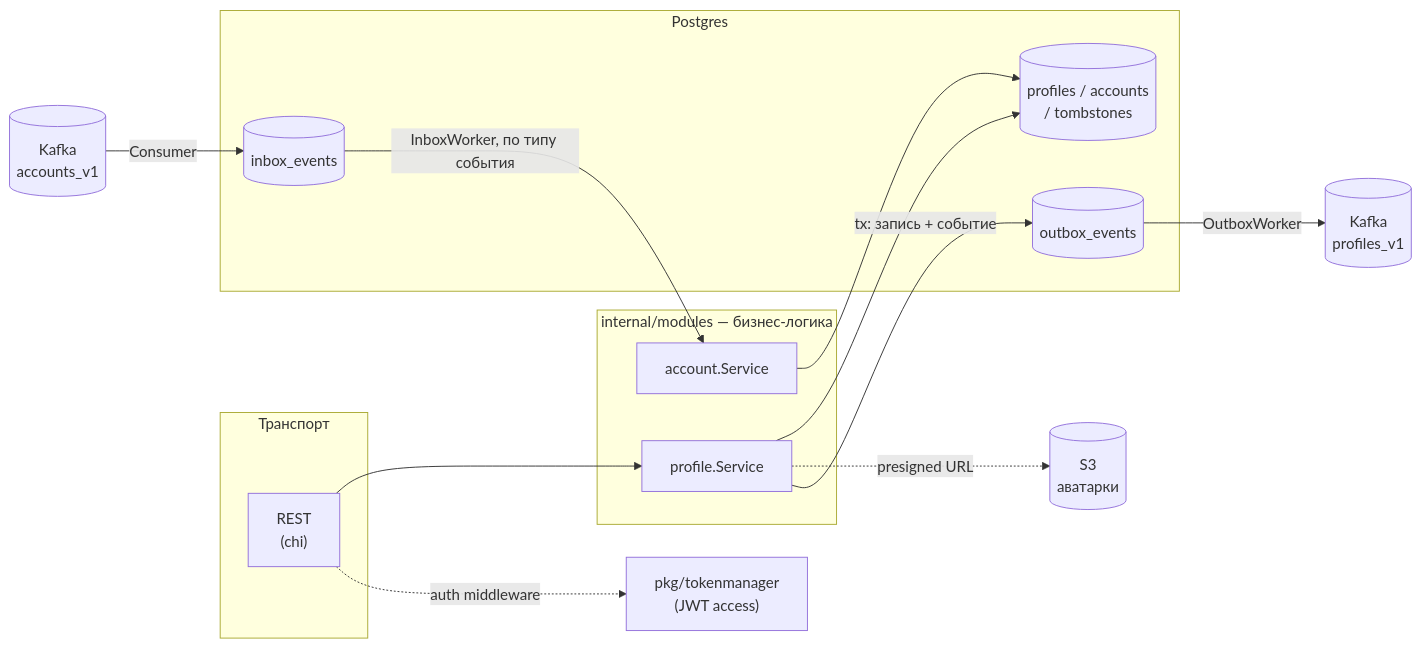
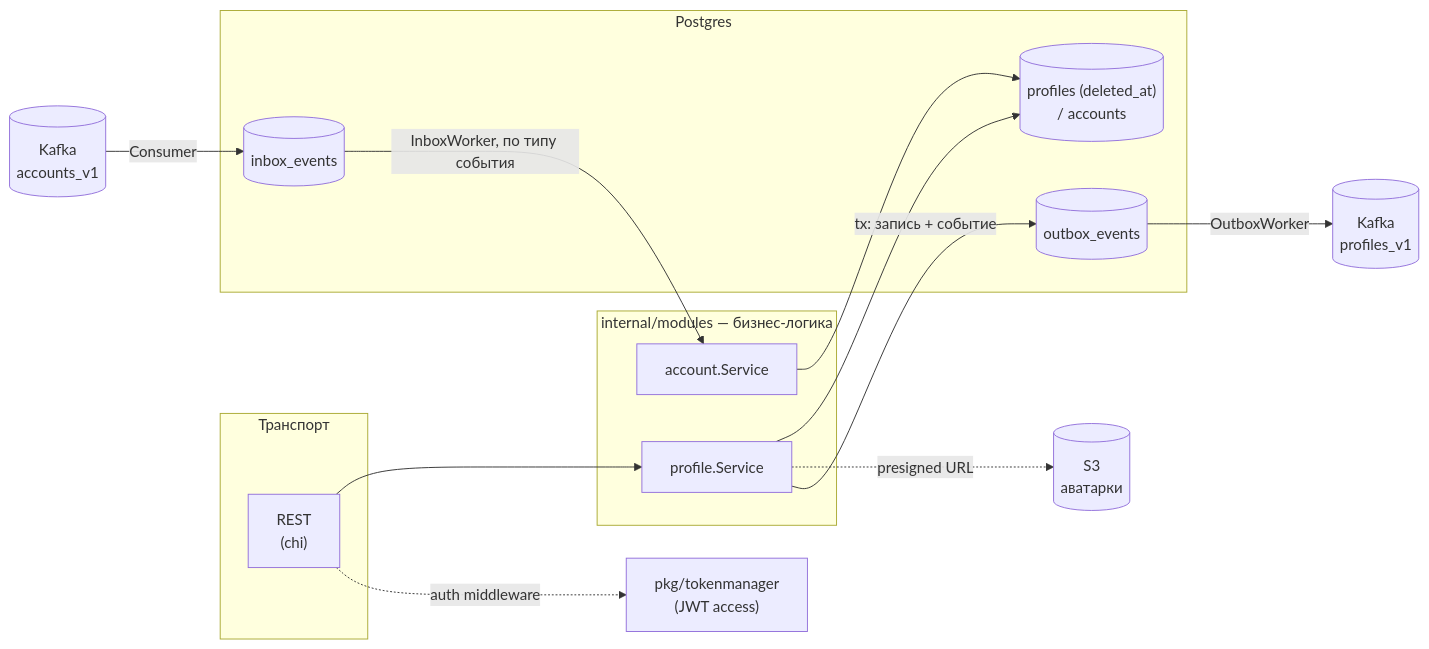
One commit to netbill/profiles-svc changed the diagram in docs/architecture.md. Above: the diagram before and after it, drawn with Mermaid. The commit also changed other lines of this file and 7 other files, not shown here.

First line of the commit message:
replace tombstones table with profiles.deleted_at soft-delete

````diff
--- a/docs/architecture.md
+++ b/docs/architecture.md
@@ -90,32 +90,32 @@
 ```mermaid
 flowchart LR
     subgraph Transport["Транспорт"]
         REST["REST<br/>(chi)"]
     end
 
     subgraph Modules["internal/modules — бизнес-логика"]
         Profile["profile.Service"]
         Account["account.Service"]
     end
 
     subgraph Data["Postgres"]
-        PG[("profiles / accounts<br/>/ tombstones")]
+        PG[("profiles (deleted_at)<br/>/ accounts")]
         Outbox[("outbox_events")]
         Inbox[("inbox_events")]
     end
 
     S3[("S3<br/>аватарки")]
 
     REST --> Profile
     REST -. auth middleware .-> Auth["pkg/tokenmanager<br/>(JWT access)"]
 
     Profile --> PG
     Account --> PG
     Profile -. presigned URL .-> S3
 
     Profile -->|tx: запись + событие| Outbox
     Outbox -->|OutboxWorker| KafkaOut[("Kafka<br/>profiles_v1")]
 
     KafkaIn[("Kafka<br/>accounts_v1")] -->|Consumer| Inbox
     Inbox -->|InboxWorker, по типу события| Account
 ```
````
